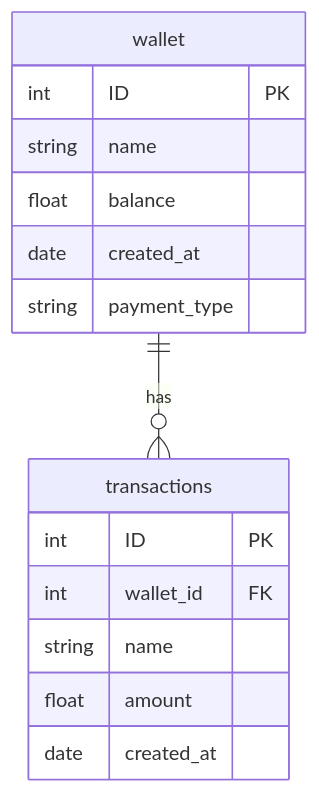
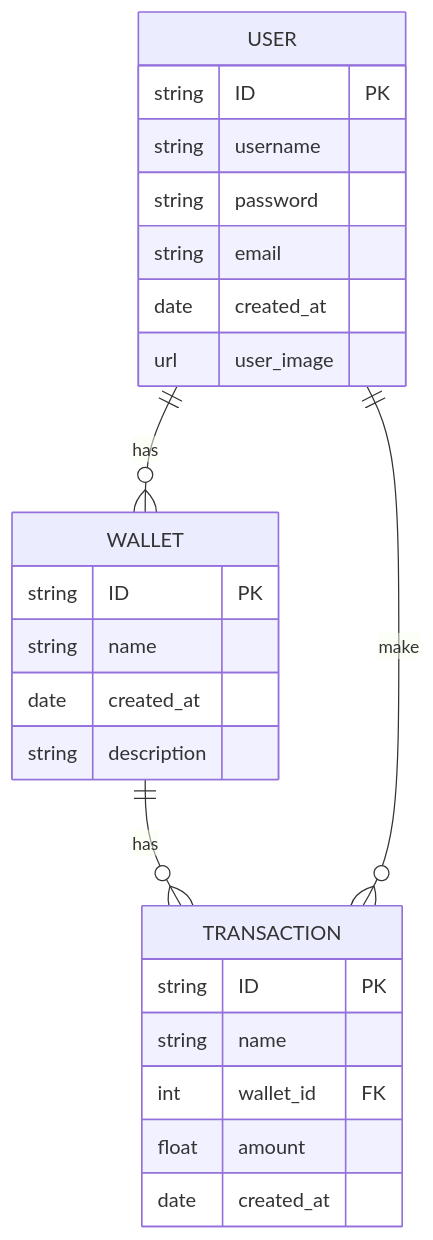
One commit to BinniesLite/finance_app changed the diagram in README.md. Above: the diagram before and after it, drawn with Mermaid. The commit also changed other lines of this file and 37 other files, not shown here.

````diff
--- a/README.md
+++ b/README.md
@@ -75,22 +81,33 @@
 ```mermaid
 erDiagram
-  wallet ||--o{ transactions: has
+  WALLET ||--o{ TRANSACTION : has
   
-  wallet { 
-    int ID PK
-    string name 
-    float balance 
+  USER ||--O{ TRANSACTION : make 
+  USER ||--O{ WALLET : has
+
+  WALLET { 
+    string ID PK
+    string name  
     date created_at 
-    string payment_type
-    
+    string description 
   }
   
-  transactions {
-    int ID PK
+  TRANSACTION {
+    string ID PK
+    string name 
     int wallet_id FK
-    string name 
     float amount 
     date created_at 
   }
 
+  USER {
+    string ID PK
+    string username
+    string password
+    string email
+    date created_at
+    url user_image
+
+  }
+
 ```
````
